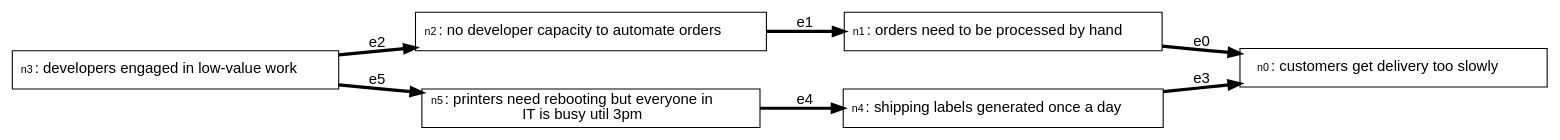
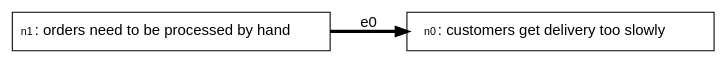
The diagram in examples/business_example_1.dot (stevecooperorg/microdot), drawn with Graphviz before and after one commit. The commit also changed 16 other files, not shown here.

```diff
--- a/examples/business_example_1.dot
+++ b/examples/business_example_1.dot
@@ -1,57 +1,24 @@
 digraph {
 
     graph [fontname = "helvetica" rankdir="LR" ranksep=0.75 nodesep=0.5];
     node [fontname = "helvetica" shape = "box" width=4 style=filled];
     edge [fontname = "helvetica" penwidth=3 color="#000000"];
 
     n0 [label=< <TABLE BORDER="0" CELLPADDING="0" CELLSPACING="0">
     <TR>
         <TD COLSPAN="1"><FONT POINT-SIZE="10">n0</FONT>: customers get delivery too slowly</TD>
     </TR>
     
    </TABLE>
 > fillcolor="#FFFFFF"]
     n1 [label=< <TABLE BORDER="0" CELLPADDING="0" CELLSPACING="0">
     <TR>
         <TD COLSPAN="1"><FONT POINT-SIZE="10">n1</FONT>: orders need to be processed by hand</TD>
     </TR>
     
    </TABLE>
 > fillcolor="#FFFFFF"]
-    n2 [label=< <TABLE BORDER="0" CELLPADDING="0" CELLSPACING="0">
-    <TR>
-        <TD COLSPAN="1"><FONT POINT-SIZE="10">n2</FONT>: no developer capacity to automate orders</TD>
-    </TR>
-    
-   </TABLE>
-> fillcolor="#FFFFFF"]
-    n3 [label=< <TABLE BORDER="0" CELLPADDING="0" CELLSPACING="0">
-    <TR>
-        <TD COLSPAN="1"><FONT POINT-SIZE="10">n3</FONT>: developers engaged in low-value work</TD>
-    </TR>
-    
-   </TABLE>
-> fillcolor="#FFFFFF"]
-    n4 [label=< <TABLE BORDER="0" CELLPADDING="0" CELLSPACING="0">
-    <TR>
-        <TD COLSPAN="1"><FONT POINT-SIZE="10">n4</FONT>: shipping labels generated once a day</TD>
-    </TR>
-    
-   </TABLE>
-> fillcolor="#FFFFFF"]
-    n5 [label=< <TABLE BORDER="0" CELLPADDING="0" CELLSPACING="0">
-    <TR>
-        <TD COLSPAN="1"><FONT POINT-SIZE="10">n5</FONT>: printers need rebooting but everyone in<br/>IT is busy util 3pm</TD>
-    </TR>
-    
-   </TABLE>
-> fillcolor="#FFFFFF"]
 
     "n1" -> "n0" [label="e0"];
-    "n2" -> "n1" [label="e1"];
-    "n3" -> "n2" [label="e2"];
-    "n4" -> "n0" [label="e3"];
-    "n5" -> "n4" [label="e4"];
-    "n3" -> "n5" [label="e5"];
 
 }
```
